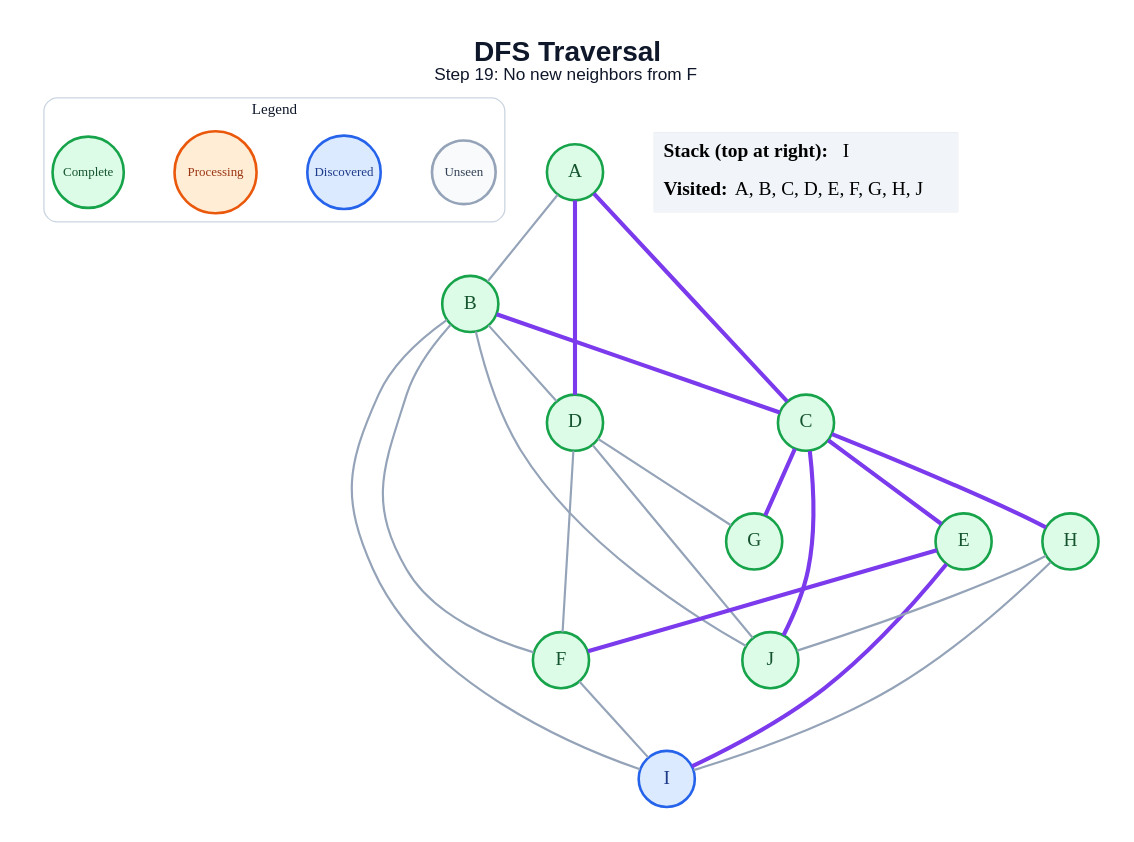
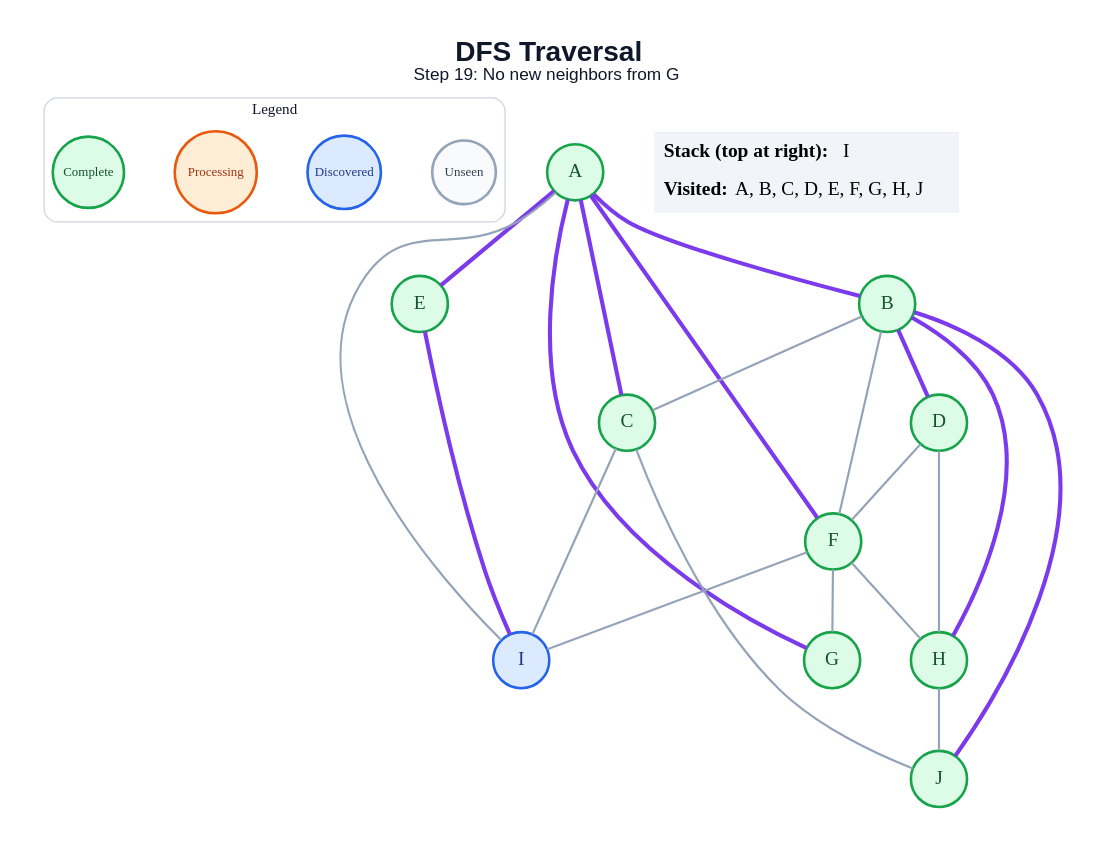
The diagram in generated/specific-node/dfs/step_19.dot (anon7238593-create/ai-slop), drawn with Graphviz before and after one commit. The commit also changed 171 other files, not shown here.

```diff
--- a/generated/specific-node/dfs/step_19.dot
+++ b/generated/specific-node/dfs/step_19.dot
@@ -1,49 +1,49 @@
 graph traversal {
   graph [layout=dot, rankdir=TB, bgcolor="#FFFFFF", pad="0.35", nodesep="0.65", ranksep="0.8", fontname="Arial"];
   node [shape=circle, style="filled", fontname="Arial Bold", fontsize=18, width=0.72, fixedsize=true, penwidth=2.4];
   edge [color="#94A3B8", penwidth=2.0];
-  label=<<B>DFS Traversal</B><BR/><FONT POINT-SIZE="16">Step 19: No new neighbors from F</FONT>>; labelloc="t"; fontsize=26; fontname="Arial"; fontcolor="#0F172A";
+  label=<<B>DFS Traversal</B><BR/><FONT POINT-SIZE="16">Step 19: No new neighbors from G</FONT>>; labelloc="t"; fontsize=26; fontname="Arial"; fontcolor="#0F172A";
   subgraph cluster_legend { label="Legend"; color="#CBD5E1"; penwidth=1.2; style="rounded"; fontsize=14; fontname="Arial Bold";
     key_unseen [label="Unseen", fillcolor="#F8FAFC", color="#94A3B8", fontcolor="#334155", fontsize=12, width=0.82];
     key_frontier [label="Discovered", fillcolor="#DBEAFE", color="#2563EB", fontcolor="#1E3A8A", fontsize=12, width=0.95];
     key_current [label="Processing", fillcolor="#FFEDD5", color="#EA580C", fontcolor="#9A3412", fontsize=12, width=1.05];
     key_done [label="Complete", fillcolor="#DCFCE7", color="#16A34A", fontcolor="#14532D", fontsize=12, width=0.92];
     { rank=same; key_unseen; key_frontier; key_current; key_done; }
   }
   A [fillcolor="#DCFCE7", color="#16A34A", fontcolor="#14532D"];
   B [fillcolor="#DCFCE7", color="#16A34A", fontcolor="#14532D"];
   C [fillcolor="#DCFCE7", color="#16A34A", fontcolor="#14532D"];
   D [fillcolor="#DCFCE7", color="#16A34A", fontcolor="#14532D"];
   E [fillcolor="#DCFCE7", color="#16A34A", fontcolor="#14532D"];
   F [fillcolor="#DCFCE7", color="#16A34A", fontcolor="#14532D"];
   G [fillcolor="#DCFCE7", color="#16A34A", fontcolor="#14532D"];
   H [fillcolor="#DCFCE7", color="#16A34A", fontcolor="#14532D"];
   I [fillcolor="#DBEAFE", color="#2563EB", fontcolor="#1E3A8A"];
   J [fillcolor="#DCFCE7", color="#16A34A", fontcolor="#14532D"];
-  A -- B;
+  A -- B [color="#7C3AED", penwidth=3.8];
   A -- C [color="#7C3AED", penwidth=3.8];
-  A -- D [color="#7C3AED", penwidth=3.8];
-  B -- C [color="#7C3AED", penwidth=3.8];
-  B -- D;
+  A -- E [color="#7C3AED", penwidth=3.8];
+  A -- F [color="#7C3AED", penwidth=3.8];
+  A -- G [color="#7C3AED", penwidth=3.8];
+  A -- I;
+  B -- C;
+  B -- D [color="#7C3AED", penwidth=3.8];
   B -- F;
-  B -- I;
-  B -- J;
-  C -- E [color="#7C3AED", penwidth=3.8];
-  C -- G [color="#7C3AED", penwidth=3.8];
-  C -- H [color="#7C3AED", penwidth=3.8];
-  C -- J [color="#7C3AED", penwidth=3.8];
+  B -- H [color="#7C3AED", penwidth=3.8];
+  B -- J [color="#7C3AED", penwidth=3.8];
+  C -- I;
+  C -- J;
   D -- F;
-  D -- G;
-  D -- J;
-  E -- F [color="#7C3AED", penwidth=3.8];
+  D -- H;
   E -- I [color="#7C3AED", penwidth=3.8];
+  F -- G;
+  F -- H;
   F -- I;
-  H -- I;
   H -- J;
   status [shape=plain, fixedsize=false, width=0, height=0, margin=0, label=<
     <TABLE BORDER="0" CELLBORDER="0" CELLPADDING="7" BGCOLOR="#F1F5F9">
       <TR><TD ALIGN="LEFT"><B>Stack (top at right):</B> I</TD></TR>
       <TR><TD ALIGN="LEFT"><B>Visited:</B> A, B, C, D, E, F, G, H, J</TD></TR>
     </TABLE>
   >];
 }
```
